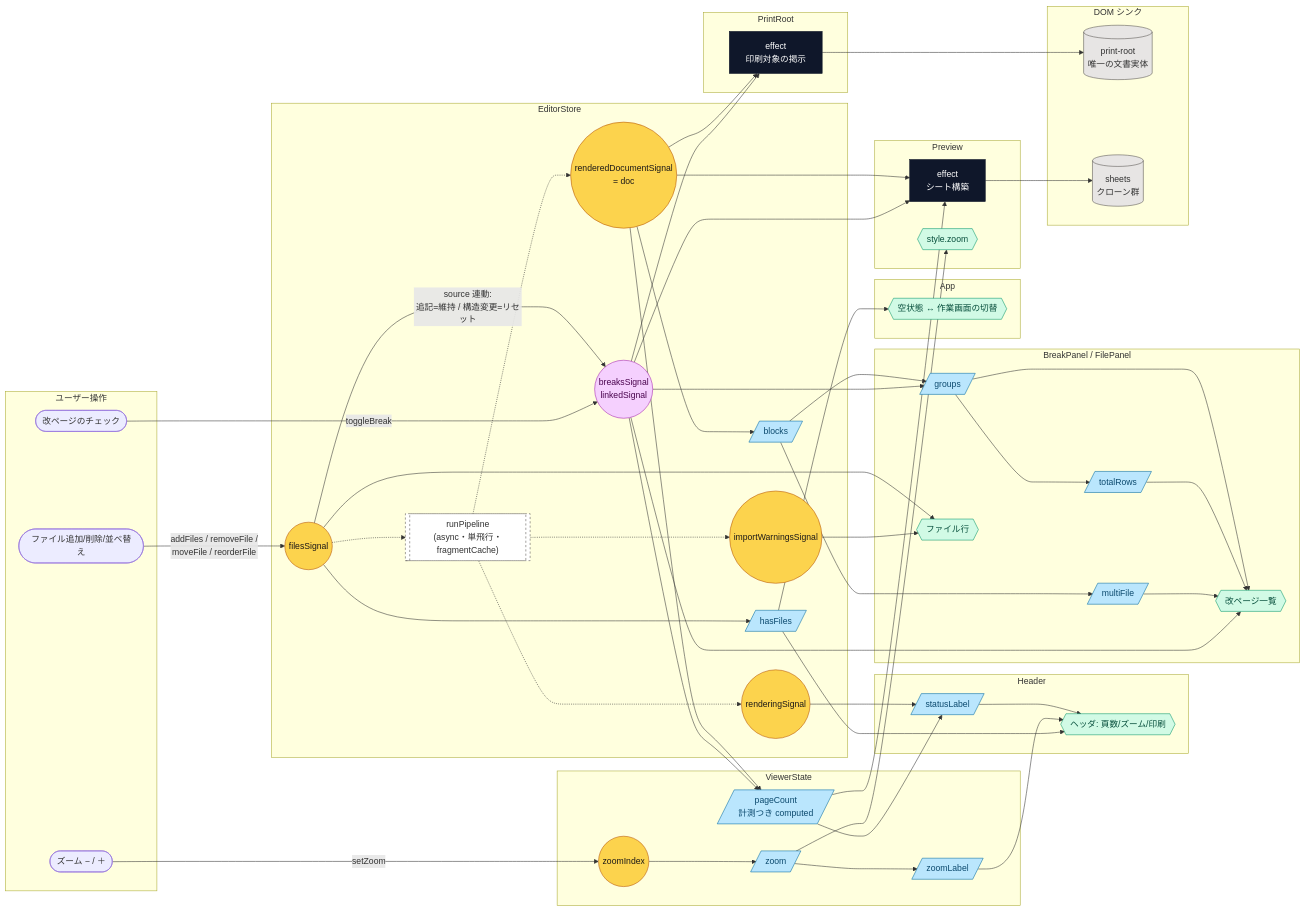
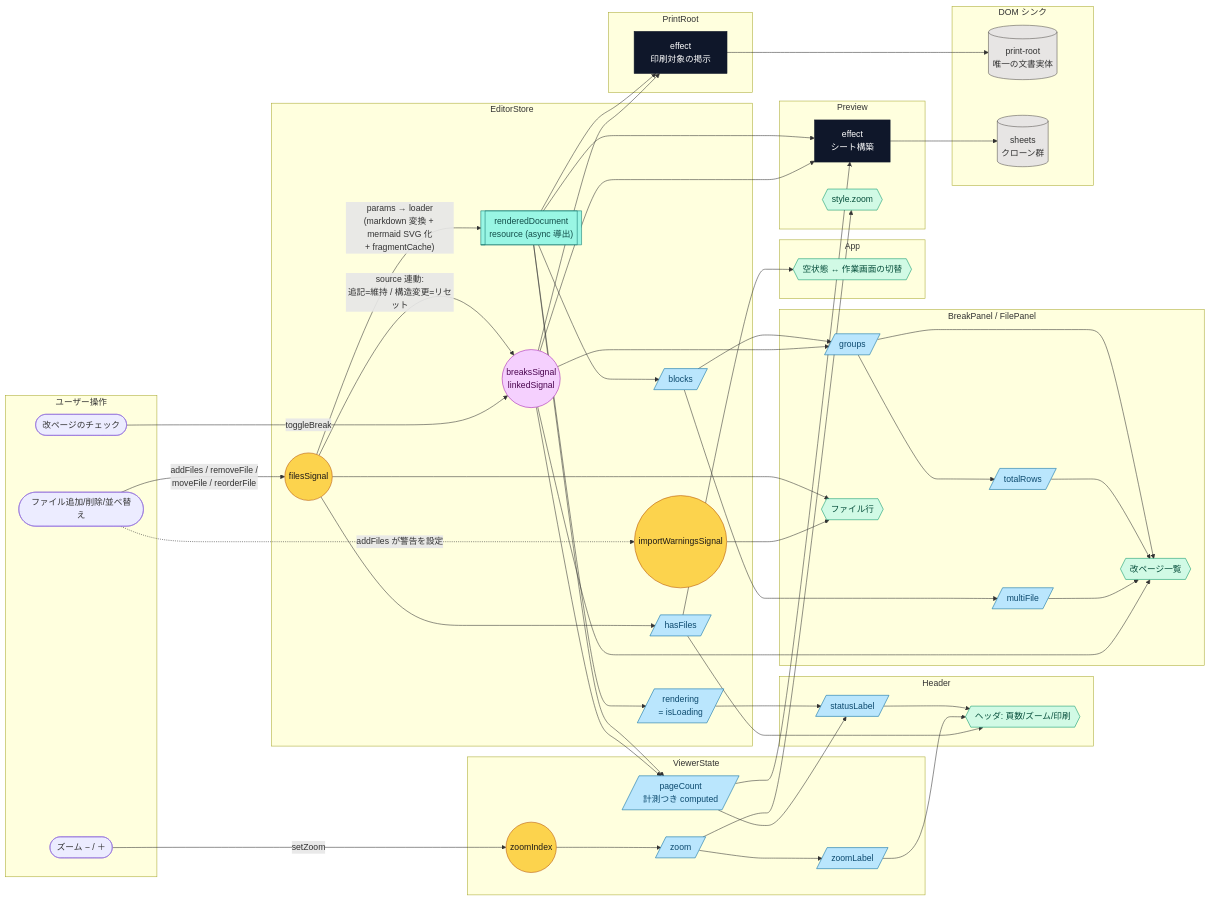
One commit to lacolaco/printmd changed the diagram in docs/signal-graph.md. Above: the diagram before and after it, drawn with Mermaid. The commit also changed other lines of this file and 2 other files, not shown here.

Commit message:
refactor: 変換パイプラインを resource による async 導出に変える
renderedDocument が writable だったのは、async 導出を手作りの
パイプライン (単飛行 + 後追い + 手動 set) で実装していた名残で、
書き込み可能である必然性はなかった。resource (params = filesSignal、
loader = markdown 変換 + mermaid SVG 化 + fragmentCache) に置き換え、
rendering は isLoading の導出、再入制御は resource の再実行に任せる。
手作りの排他機構 (rebuilding / rebuildRequested / pendingRebuild) と
renderingSignal は消滅。命令的な島はグラフから消え、残る命令的書き込みは
ユーザー操作起点の filesSignal / importWarnings / zoomIndex だけになった。
図も同一コミットで更新。

Claude-Session: https://claude.ai/code/session_01QPt1EiY6Js5cXfcvhPEJZR

````diff
--- a/docs/signal-graph.md
+++ b/docs/signal-graph.md
@@ -19,12 +19,11 @@
   subgraph Store["EditorStore"]
     S1((filesSignal))
     S2((breaksSignal<br/>linkedSignal))
-    S3((renderingSignal))
-    S4((renderedDocumentSignal<br/>= doc))
+    S4[["renderedDocument<br/>resource (async 導出)"]]
+    S3[/rendering<br/>= isLoading/]
     S5((importWarningsSignal))
     C1[/hasFiles/]
     C2[/blocks/]
-    P[["runPipeline<br/>(async・単飛行・fragmentCache)"]]
   end
 
   subgraph Viewer["ViewerState"]
@@ -70,10 +69,9 @@
   A2 -- toggleBreak --> S2
   A3 -- setZoom --> V1
 
-  S1 -.-> P
-  P -.-> S3
-  P -.-> S4
-  P -.-> S5
+  S1 -- "params → loader<br/>(markdown 変換 + mermaid SVG 化<br/>+ fragmentCache)" --> S4
+  S4 --> S3
+  A1 -. "addFiles が警告を設定" .-> S5
 
   S1 --> C1
   S4 --> C2
@@ -115,13 +113,14 @@
   classDef eff fill:#0f172a,stroke:#0f172a,color:#fff
   classDef tmpl fill:#d1fae5,stroke:#059669,color:#064e3b
   classDef dom fill:#e7e5e4,stroke:#57534e
-  classDef pipe fill:#fff,stroke:#57534e,stroke-dasharray:4 4
+  classDef res fill:#99f6e4,stroke:#0f766e,color:#134e4a
   classDef linked fill:#f5d0fe,stroke:#a21caf,color:#4a044e
-  class S1,S3,S4,S5,V1 sig
+  class S1,S5,V1 sig
+  class S4 res
+
   class S2 linked
-  class C1,C2,VC1,VC2,HC1,BC1,BC2,BC3,V2 comp
+  class C1,C2,S3,VC1,VC2,HC1,BC1,BC2,BC3,V2 comp
   class AE1,PE1 eff
   class T1,T2,T3,T4,T5 tmpl
   class D1,D2 dom
-  class P pipe
 ```
````
